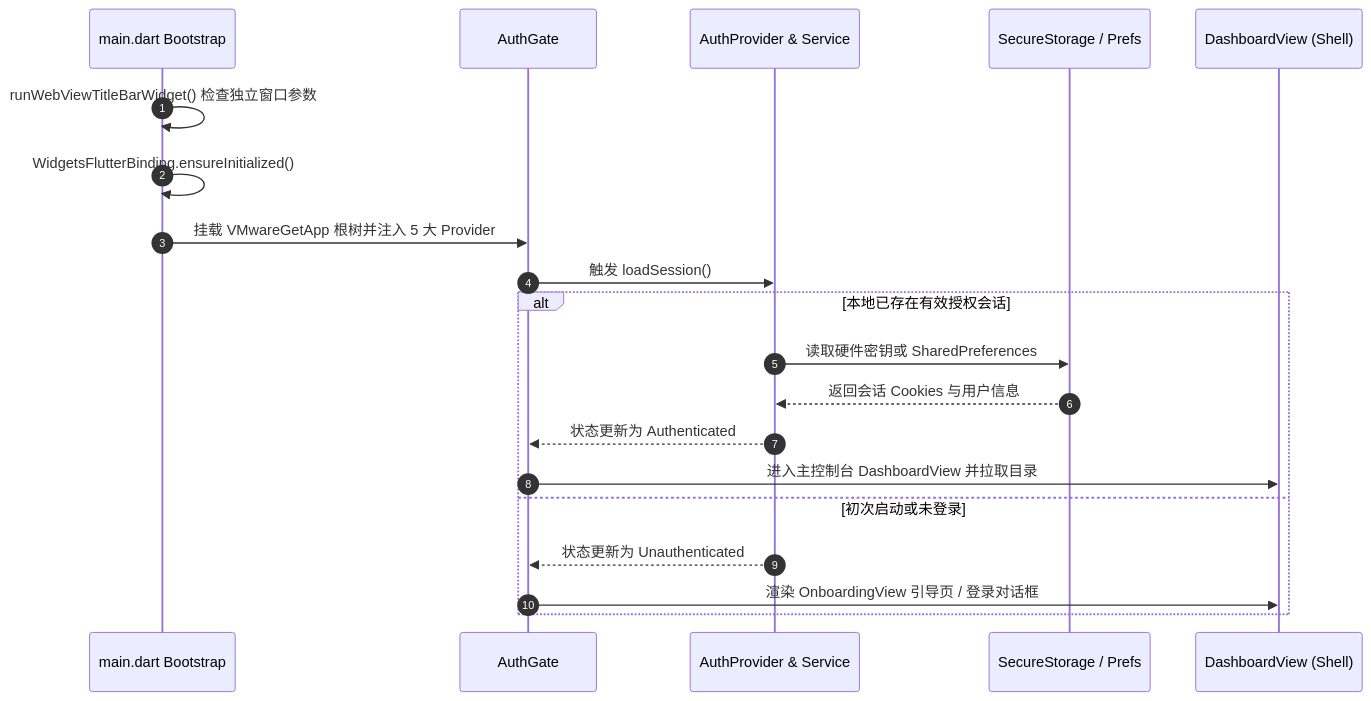
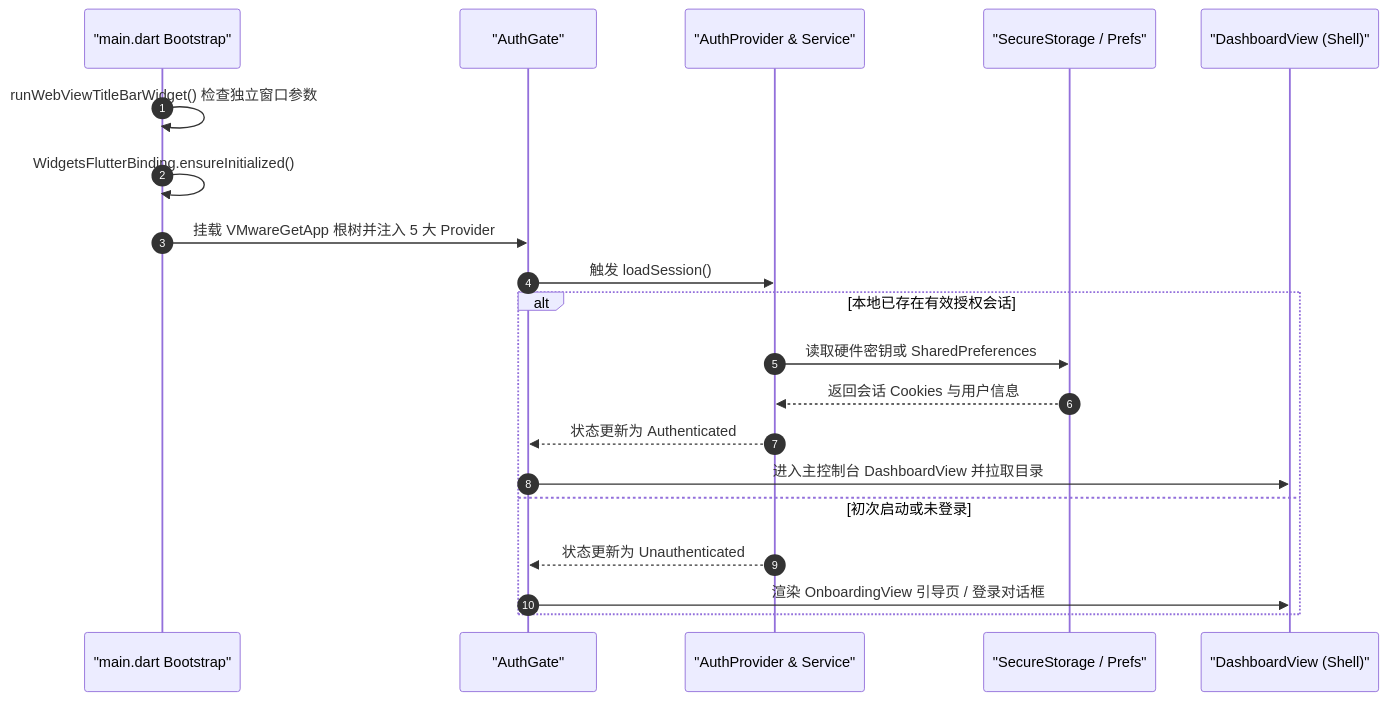
Before and after one commit to ericclose/VMwareGet: the first of 2 diagrams in README.md, drawn with Mermaid. The commit also changed other lines of this file, not shown here.

Commit message:
fix(docs): quote Mermaid diagram actor labels and fix par block syntax

````diff
--- a/README.md
+++ b/README.md
@@ -86,23 +86,23 @@
 ```mermaid
 sequenceDiagram
     autonumber
-    participant Main as main.dart Bootstrap
-    participant Gate as AuthGate
-    participant Auth as AuthProvider & Service
-    participant Storage as SecureStorage / Prefs
-    participant UI as DashboardView (Shell)
+    participant Main as "main.dart Bootstrap"
+    participant Gate as "AuthGate"
+    participant Auth as "AuthProvider & Service"
+    participant Storage as "SecureStorage / Prefs"
+    participant UI as "DashboardView (Shell)"
 
     Main->>Main: runWebViewTitleBarWidget() 检查独立窗口参数
     Main->>Main: WidgetsFlutterBinding.ensureInitialized()
     Main->>Gate: 挂载 VMwareGetApp 根树并注入 5 大 Provider
     Gate->>Auth: 触发 loadSession()
     alt 本地已存在有效授权会话
         Auth->>Storage: 读取硬件密钥或 SharedPreferences
         Storage-->>Auth: 返回会话 Cookies 与用户信息
         Auth-->>Gate: 状态更新为 Authenticated
         Gate->>UI: 进入主控制台 DashboardView 并拉取目录
     else 初次启动或未登录
         Auth-->>Gate: 状态更新为 Unauthenticated
         Gate->>UI: 渲染 OnboardingView 引导页 / 登录对话框
     end
 ```
````
